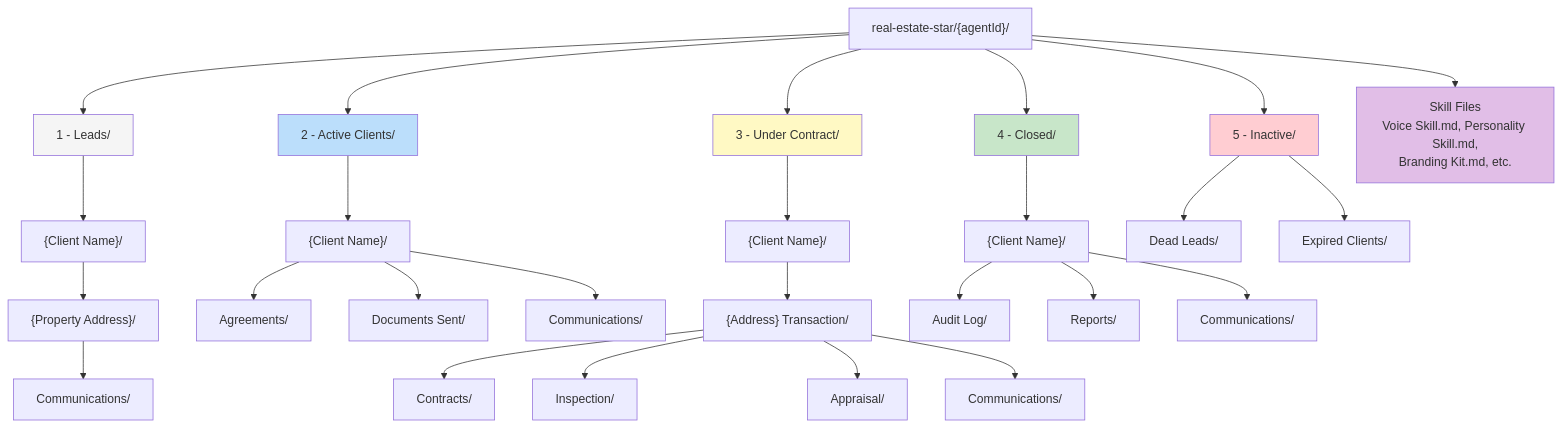
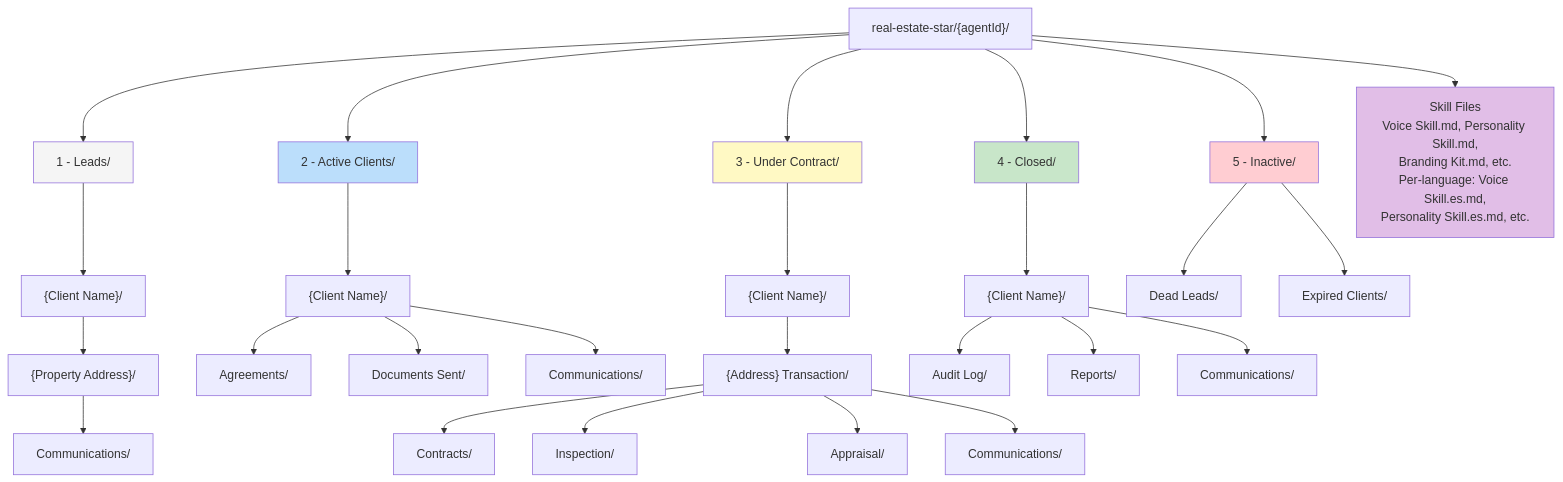
The fifth of 7 diagrams in docs/architecture/agent-activation-pipeline.md (edward-rosado/jenisesells-website), drawn with Mermaid before and after one commit. The commit also changed other lines of this file and 124 other files, not shown here.

````diff
--- a/docs/architecture/agent-activation-pipeline.md
+++ b/docs/architecture/agent-activation-pipeline.md
@@ -173,40 +177,40 @@
 ```mermaid
 flowchart TD
     ROOT["real-estate-star/{agentId}/"] --> LEADS["1 - Leads/"]
     ROOT --> ACTIVE["2 - Active Clients/"]
     ROOT --> CONTRACT["3 - Under Contract/"]
     ROOT --> CLOSED["4 - Closed/"]
     ROOT --> INACTIVE["5 - Inactive/"]
-    ROOT --> SKILLS["Skill Files<br/>Voice Skill.md, Personality Skill.md,<br/>Branding Kit.md, etc."]
+    ROOT --> SKILLS["Skill Files<br/>Voice Skill.md, Personality Skill.md,<br/>Branding Kit.md, etc.<br/>Per-language: Voice Skill.es.md,<br/>Personality Skill.es.md, etc."]
 
     LEADS --> L1["{Client Name}/"]
     L1 --> L2["{Property Address}/"]
     L2 --> L3["Communications/"]
 
     ACTIVE --> A1["{Client Name}/"]
     A1 --> A2["Agreements/"]
     A1 --> A3["Documents Sent/"]
     A1 --> A4["Communications/"]
 
     CONTRACT --> C1["{Client Name}/"]
     C1 --> C2["{Address} Transaction/"]
     C2 --> C3["Contracts/"]
     C2 --> C4["Inspection/"]
     C2 --> C5["Appraisal/"]
     C2 --> C6["Communications/"]
 
     CLOSED --> D1["{Client Name}/"]
     D1 --> D2["Audit Log/"]
     D1 --> D3["Reports/"]
     D1 --> D4["Communications/"]
 
     INACTIVE --> I1["Dead Leads/"]
     INACTIVE --> I2["Expired Clients/"]
 
     style LEADS fill:#f5f5f5
     style ACTIVE fill:#bbdefb
     style CONTRACT fill:#fff9c4
     style CLOSED fill:#c8e6c9
     style INACTIVE fill:#ffcdd2
     style SKILLS fill:#e1bee7
 ```
````
